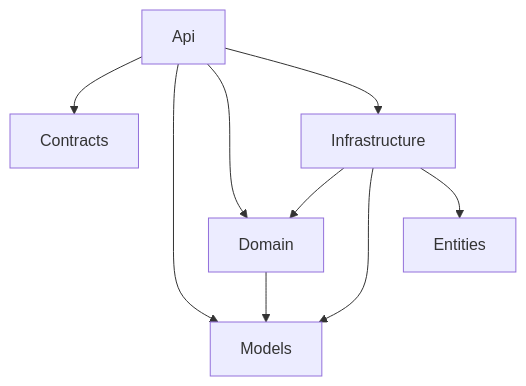
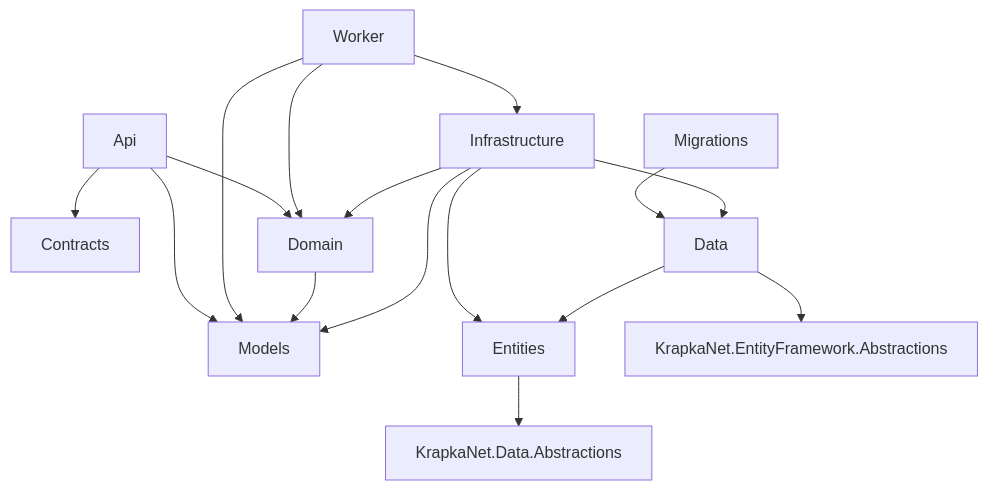
One commit to artdolya/evo-darwin changed the second of 2 diagrams in docs/architecture/overview.md. Above: the diagram before and after it, drawn with Mermaid. The commit also changed other lines of this file and 125 other files, not shown here.

````diff
--- a/docs/architecture/overview.md
+++ b/docs/architecture/overview.md
@@ -68,11 +136,18 @@
 ```mermaid
 flowchart TD
     Api --> Contracts
     Api --> Models
     Api --> Domain
-    Api --> Infrastructure
+    Worker --> Models
+    Worker --> Domain
+    Worker --> Infrastructure
+    Migrations --> Data
     Domain --> Models
     Infrastructure --> Domain
     Infrastructure --> Models
     Infrastructure --> Entities
+    Infrastructure --> Data
+    Data --> Entities
+    Data --> KrapkaEf["KrapkaNet.EntityFramework.Abstractions"]
+    Entities --> KrapkaData["KrapkaNet.Data.Abstractions"]
 ```
````
